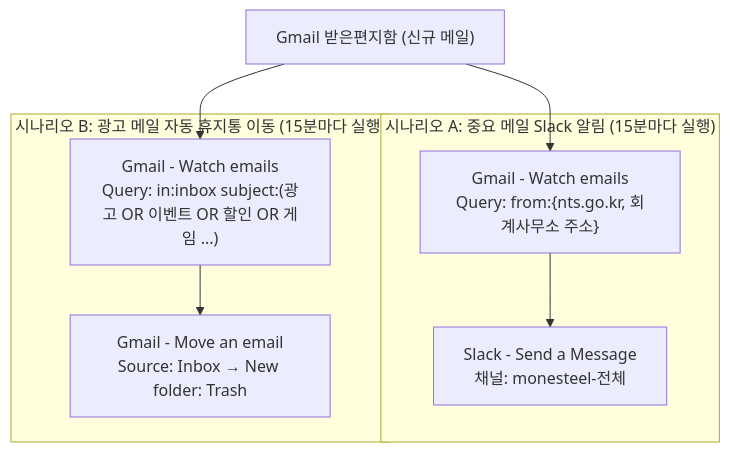
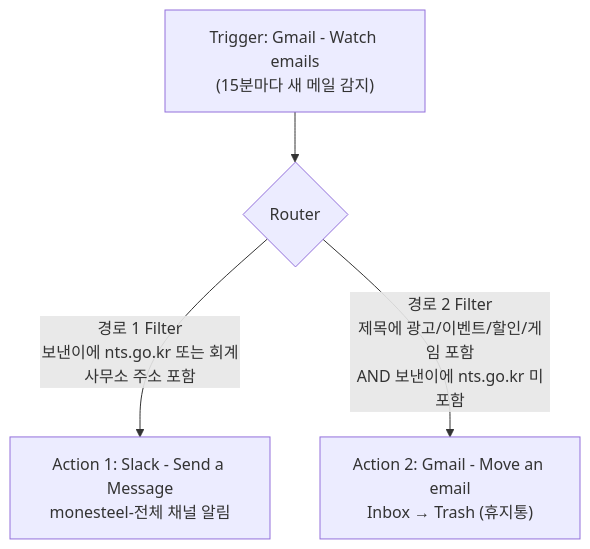
Before and after one commit to monesteel/Ai-Navigation: the diagram in 1-3/프로젝트2_자유주제_자동화_설계_및_구현 rev1.md, drawn with Mermaid. The commit also changed other lines of this file, not shown here.

````diff
--- a/1-3/프로젝트2_자유주제_자동화_설계_및_구현 rev1.md
+++ b/1-3/프로젝트2_자유주제_자동화_설계_및_구현 rev1.md
@@ -48,11 +59,6 @@
 ```mermaid
 flowchart TD
-    subgraph A["시나리오 A: 중요 메일 Slack 알림 (15분마다 실행)"]
-        A1["Gmail - Watch emails<br/>Query: from:{nts.go.kr, 회계사무소 주소}"] --> A2["Slack - Send a Message<br/>채널: monesteel-전체"]
-    end
-    subgraph B["시나리오 B: 광고 메일 자동 휴지통 이동 (15분마다 실행)"]
-        B1["Gmail - Watch emails<br/>Query: in:inbox subject:(광고 OR 이벤트 OR 할인 OR 게임 ...)"] --> B2["Gmail - Move an email<br/>Source: Inbox → New folder: Trash"]
-    end
-    G["Gmail 받은편지함 (신규 메일)"] --> A1
-    G --> B1
+    T["Trigger: Gmail - Watch emails<br/>(15분마다 새 메일 감지)"] --> R{"Router"}
+    R -->|"경로 1 Filter<br/>보낸이에 nts.go.kr 또는 회계사무소 주소 포함"| A1["Action 1: Slack - Send a Message<br/>monesteel-전체 채널 알림"]
+    R -->|"경로 2 Filter<br/>제목에 광고/이벤트/할인/게임 포함<br/>AND 보낸이에 nts.go.kr 미포함"| A2["Action 2: Gmail - Move an email<br/>Inbox → Trash (휴지통)"]
 ```
````
